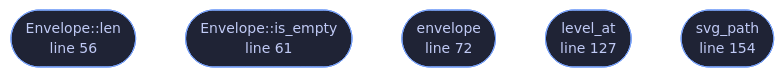
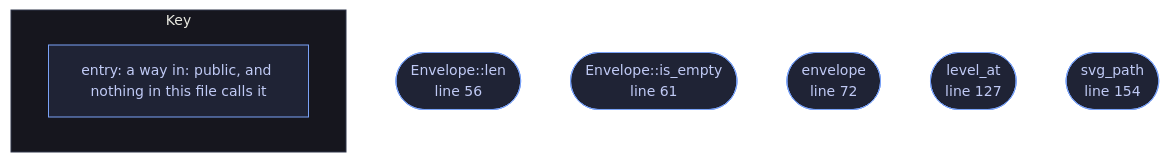
One commit to tilas01/veilvoice changed the diagram in docs/files/veilvoice-video/waveform.md. Above: the diagram before and after it, drawn with Mermaid. The commit also changed 1510 other files, not shown here.

First line of the commit message:
Regenerate the documentation, wiki, site, graphs and measured numbers

````diff
--- a/docs/files/veilvoice-video/waveform.md
+++ b/docs/files/veilvoice-video/waveform.md
@@ -102,16 +102,21 @@
 ```mermaid
 %%{init: {"theme":"base","themeVariables":{"background":"#1a1b26","primaryColor":"#1f2335","primaryTextColor":"#c0caf5","primaryBorderColor":"#7aa2f7","secondaryColor":"#16161e","tertiaryColor":"#16161e","lineColor":"#737aa2","textColor":"#c0caf5","mainBkg":"#1f2335","nodeBorder":"#7aa2f7","clusterBkg":"#16161e","clusterBorder":"#2f3549","fontFamily":"ui-monospace, SFMono-Regular, Consolas, monospace","fontSize":"14px"}}}%%
 flowchart TD
     n_len(["Envelope::len<br/>line 56"])
     n_is_empty(["Envelope::is_empty<br/>line 61"])
     n_envelope(["envelope<br/>line 72"])
     n_level_at(["level_at<br/>line 127"])
     n_svg_path(["svg_path<br/>line 154"])
     click n_len href "https://github.com/tilas01/veilvoice/blob/main/crates/veilvoice-video/src/waveform.rs#L56" "open the source"
     click n_is_empty href "https://github.com/tilas01/veilvoice/blob/main/crates/veilvoice-video/src/waveform.rs#L61" "open the source"
     click n_envelope href "https://github.com/tilas01/veilvoice/blob/main/crates/veilvoice-video/src/waveform.rs#L72" "open the source"
     click n_level_at href "https://github.com/tilas01/veilvoice/blob/main/crates/veilvoice-video/src/waveform.rs#L127" "open the source"
     click n_svg_path href "https://github.com/tilas01/veilvoice/blob/main/crates/veilvoice-video/src/waveform.rs#L154" "open the source"
     classDef entry fill:#1f2335,stroke:#7aa2f7,color:#c0caf5
     class n_len,n_is_empty,n_envelope,n_level_at,n_svg_path entry
+    subgraph chart_key ["Key"]
+        direction LR
+        key_entry["entry: a way in: public, and nothing in this file calls it"]
+    end
+    class key_entry entry
 ```
````
